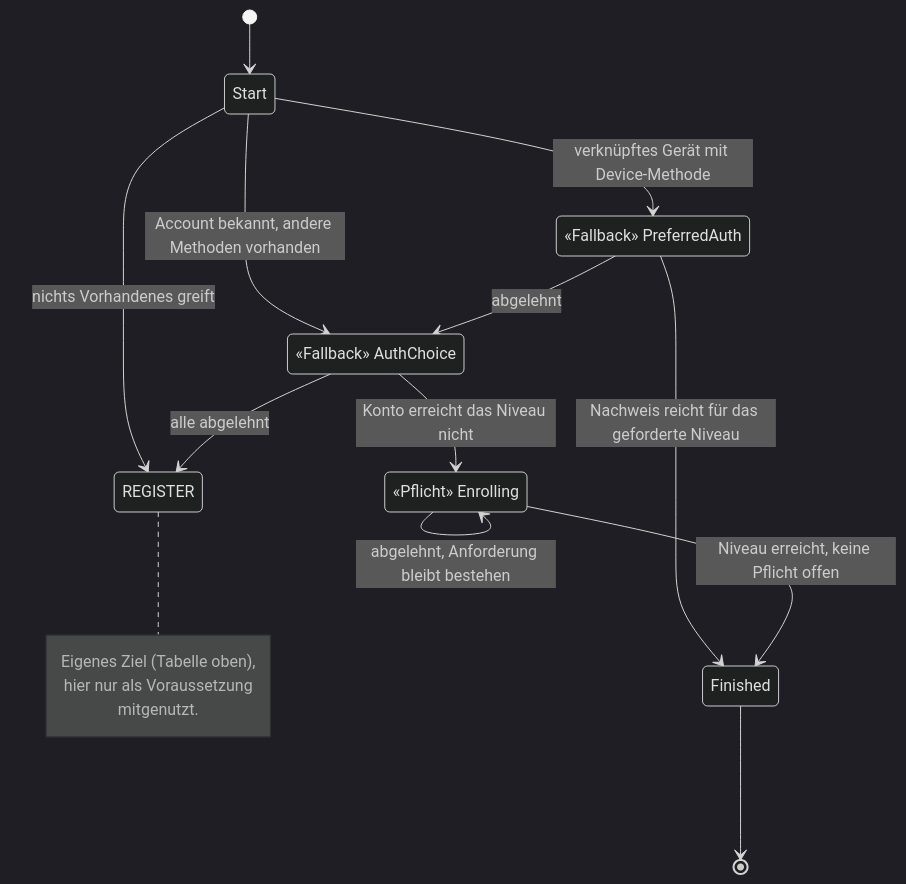
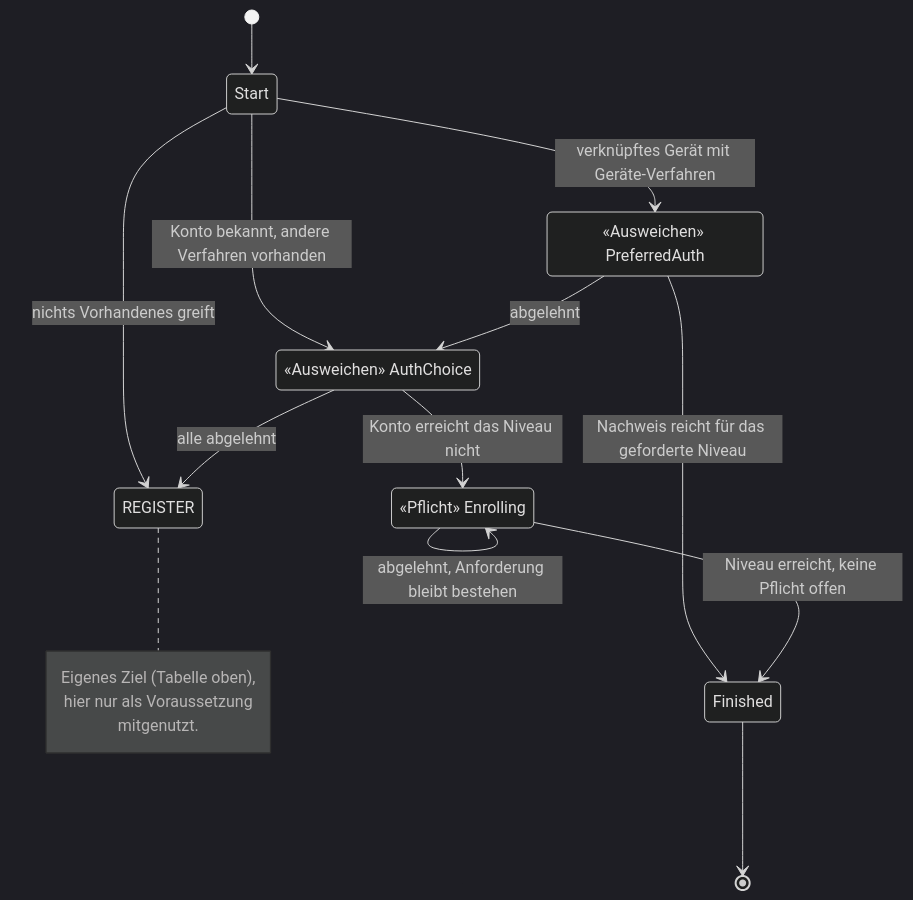
The first of 3 diagrams in docs/04-orchestrierung.md (rpreissel/DPoP-demo), drawn with Mermaid (dark theme) before and after one commit. The commit also changed other lines of this file and 67 other files, not shown here.

````diff
--- a/docs/04-orchestrierung.md
+++ b/docs/04-orchestrierung.md
@@ -31,27 +30,27 @@
 ```mermaid
 stateDiagram-v2
-  state "«Fallback» PreferredAuth" as PreferredAuth
-  state "«Fallback» AuthChoice" as AuthChoice
+  state "«Ausweichen» PreferredAuth" as PreferredAuth
+  state "«Ausweichen» AuthChoice" as AuthChoice
   state "«Pflicht» Enrolling" as Enrolling
 
   [*] --> Start
-  Start --> PreferredAuth: verknüpftes Gerät mit Device-Methode
-  Start --> AuthChoice: Account bekannt, andere Methoden vorhanden
+  Start --> PreferredAuth: verknüpftes Gerät mit Geräte-Verfahren
+  Start --> AuthChoice: Konto bekannt, andere Verfahren vorhanden
   Start --> REGISTER: nichts Vorhandenes greift
 
   PreferredAuth --> AuthChoice: abgelehnt
   AuthChoice --> REGISTER: alle abgelehnt
 
   PreferredAuth --> Finished: Nachweis reicht für das geforderte Niveau
   AuthChoice --> Enrolling: Konto erreicht das Niveau nicht
 
   Enrolling --> Enrolling: abgelehnt, Anforderung bleibt bestehen
   Enrolling --> Finished: Niveau erreicht, keine Pflicht offen
   Finished --> [*]
 
   note right of REGISTER
     Eigenes Ziel (Tabelle oben),
     hier nur als Voraussetzung
     mitgenutzt.
   end note
 ```
````
